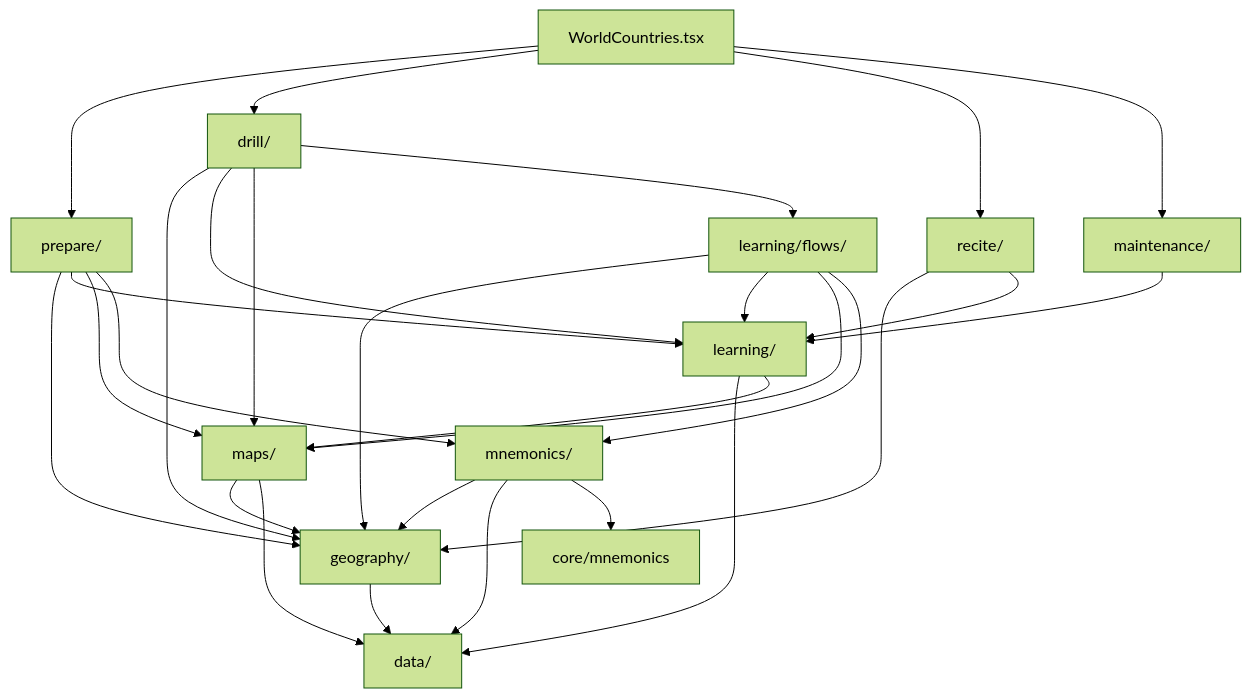
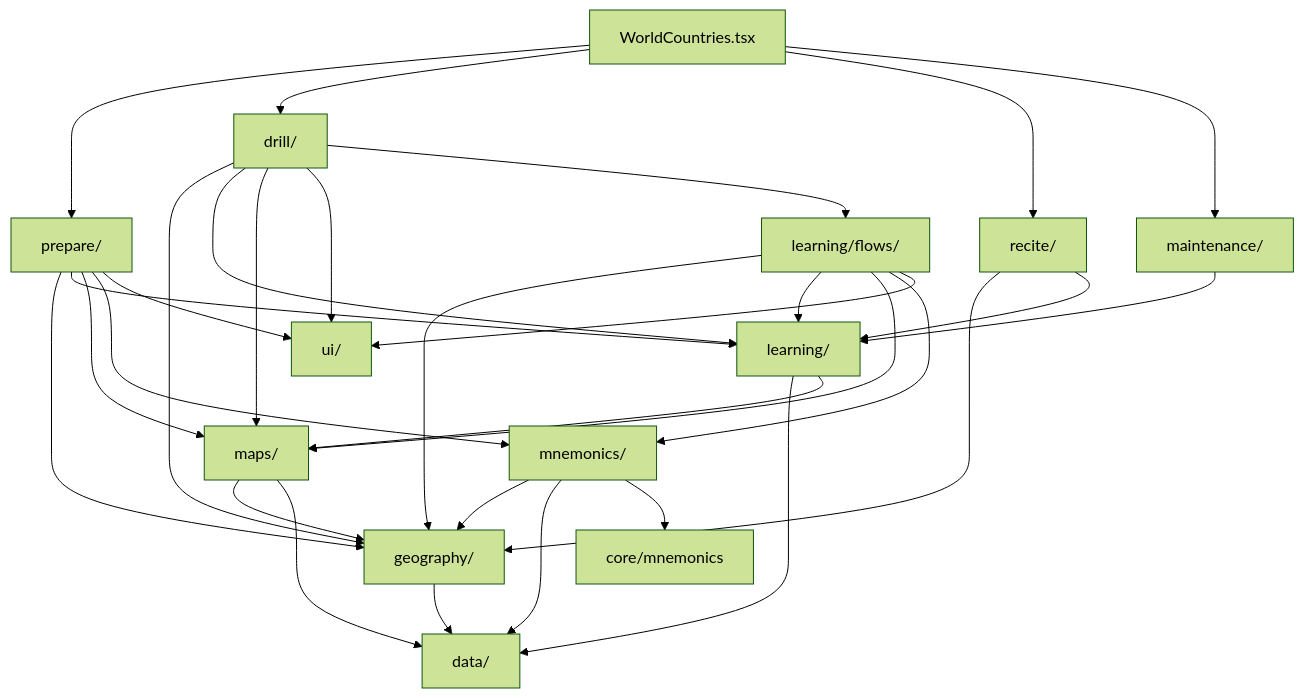
The diagram in docs/architecture/features/WORLD_COUNTRIES.md (JolleNo10/major-system-app), drawn with Mermaid (forest theme) before and after one commit. The commit also changed other lines of this file and 38 other files, not shown here.

````diff
--- a/docs/architecture/features/WORLD_COUNTRIES.md
+++ b/docs/architecture/features/WORLD_COUNTRIES.md
@@ -135,30 +149,34 @@
 ```mermaid
 flowchart TD
     Geography["geography/"] --> Data["data/"]
     Learning["learning/"] --> Data
     Learning --> Maps
     Maps["maps/"] --> Geography
     Maps --> Data
     Mnemonics["mnemonics/"] --> Geography
     Mnemonics --> Data
     Mnemonics --> CoreMnemonic["core/mnemonics"]
     Prepare["prepare/"] --> Geography
     Prepare --> Learning
     Prepare --> Maps
     Prepare --> Mnemonics
+    Prepare --> UI
     Flows["learning/flows/"] --> Geography
     Flows --> Learning
     Flows --> Maps
     Flows --> Mnemonics
+    Flows --> UI
     Drill["drill/"] --> Geography
     Drill --> Learning
     Drill --> Maps
+    Drill --> UI
     Recite["recite/"] --> Geography
     Recite --> Learning
     Maintenance["maintenance/"] --> Learning
     Drill --> Flows
+    UI["ui/"]
     Shell["WorldCountries.tsx"] --> Prepare
     Shell --> Drill
     Shell --> Recite
     Shell --> Maintenance
 ```
````
